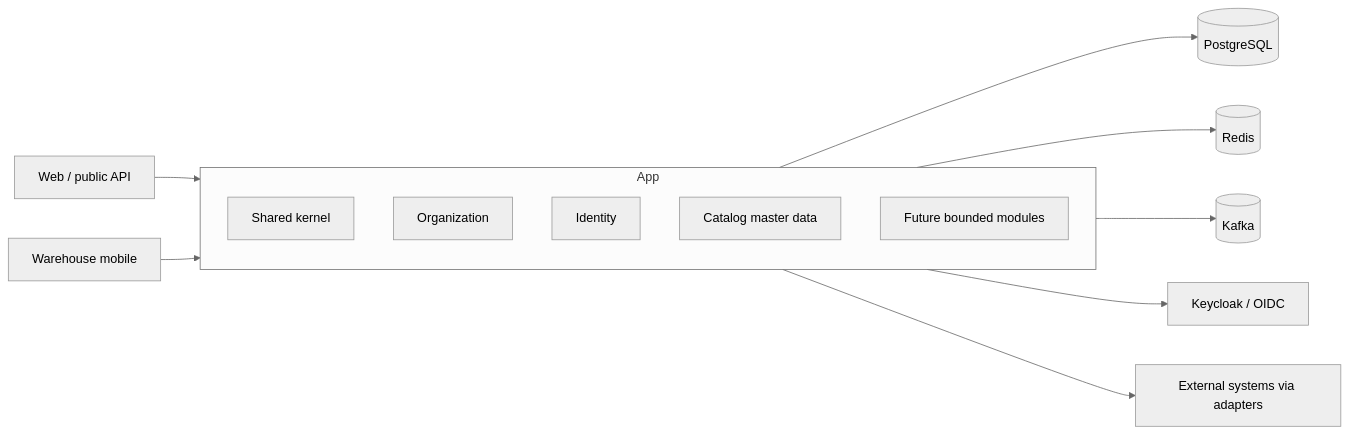
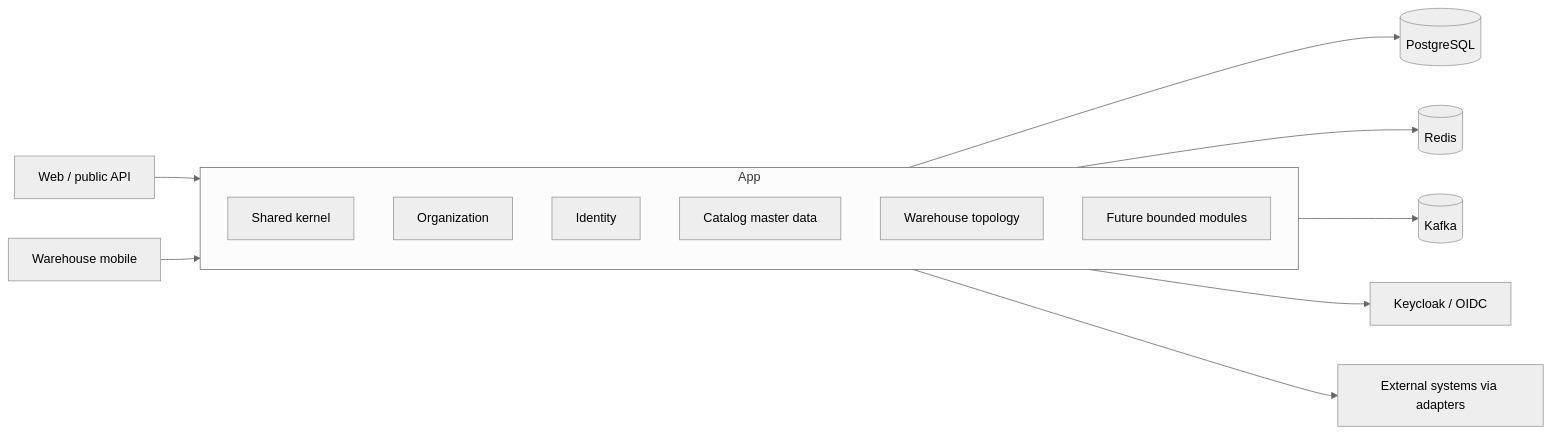
One commit to smjubayercse/invenlio changed the diagram in docs/architecture/architecture-overview.md. Above: the diagram before and after it, drawn with Mermaid (neutral theme). The commit also changed other lines of this file and 21 other files, not shown here.

Commit message:
feat(warehouse): implement warehouse topology foundation

````diff
--- a/docs/architecture/architecture-overview.md
+++ b/docs/architecture/architecture-overview.md
@@ -11,17 +11,18 @@
 ```mermaid
 flowchart LR
   Web[Web / public API] --> App[Invenlio modular monolith]
   Mobile[Warehouse mobile] --> App
   App --> PG[(PostgreSQL)]
   App --> Redis[(Redis)]
   App --> Kafka[(Kafka)]
   App --> IdP[Keycloak / OIDC]
   App --> Ext[External systems via adapters]
   subgraph App
     Shared[Shared kernel]
     Org[Organization]
     Identity[Identity]
     Catalog[Catalog master data]
+    Warehouse[Warehouse topology]
     Future[Future bounded modules]
   end
 ```
````
